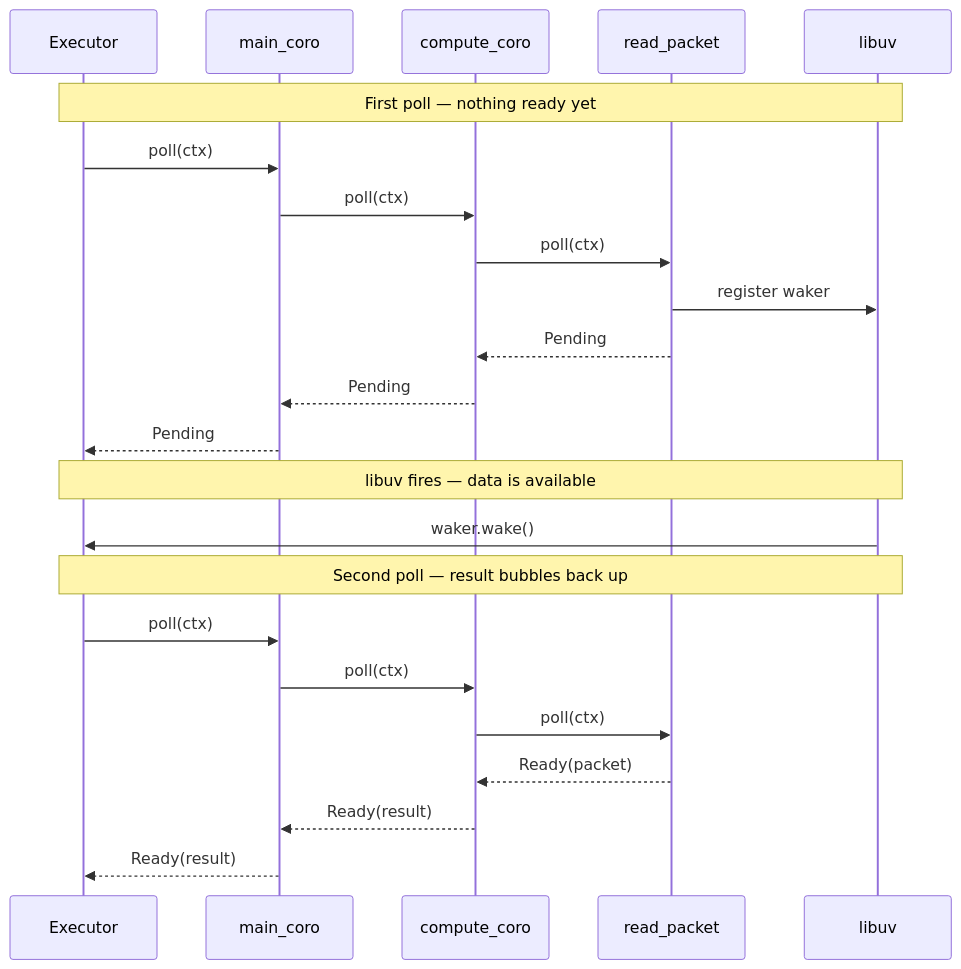
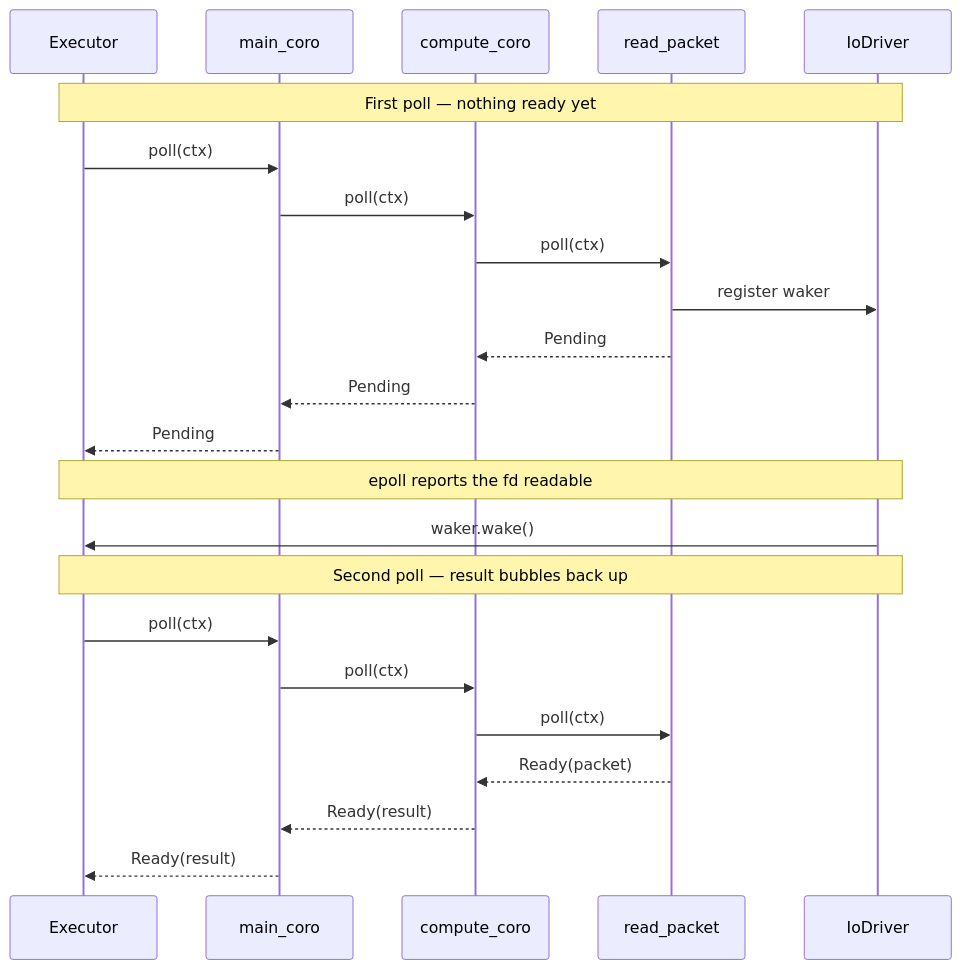
The second of 4 diagrams in doc/design/waker_and_context_propagation.md (bts164/coro), drawn with Mermaid before and after one commit. The commit also changed other lines of this file and 21 other files, not shown here.

First line of the commit message:
docs: Describe the IoDriver instead of libuv

````diff
--- a/doc/design/waker_and_context_propagation.md
+++ b/doc/design/waker_and_context_propagation.md
@@ -68,28 +68,28 @@
 ```mermaid
 sequenceDiagram
     participant E as Executor
     participant C1 as main_coro
     participant C2 as compute_coro
     participant IO as read_packet
-    participant UV as libuv
+    participant UV as IoDriver
 
     Note over E,UV: First poll — nothing ready yet
     E->>C1: poll(ctx)
     C1->>C2: poll(ctx)
     C2->>IO: poll(ctx)
     IO->>UV: register waker
     IO-->>C2: Pending
     C2-->>C1: Pending
     C1-->>E: Pending
 
-    Note over E,UV: libuv fires — data is available
+    Note over E,UV: epoll reports the fd readable
     UV->>E: waker.wake()
 
     Note over E,UV: Second poll — result bubbles back up
     E->>C1: poll(ctx)
     C1->>C2: poll(ctx)
     C2->>IO: poll(ctx)
     IO-->>C2: Ready(packet)
     C2-->>C1: Ready(result)
     C1-->>E: Ready(result)
 ```
````
